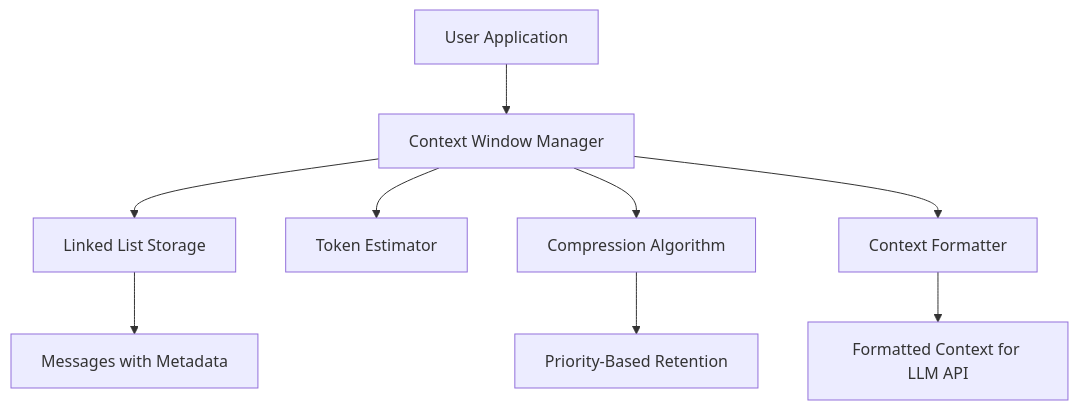
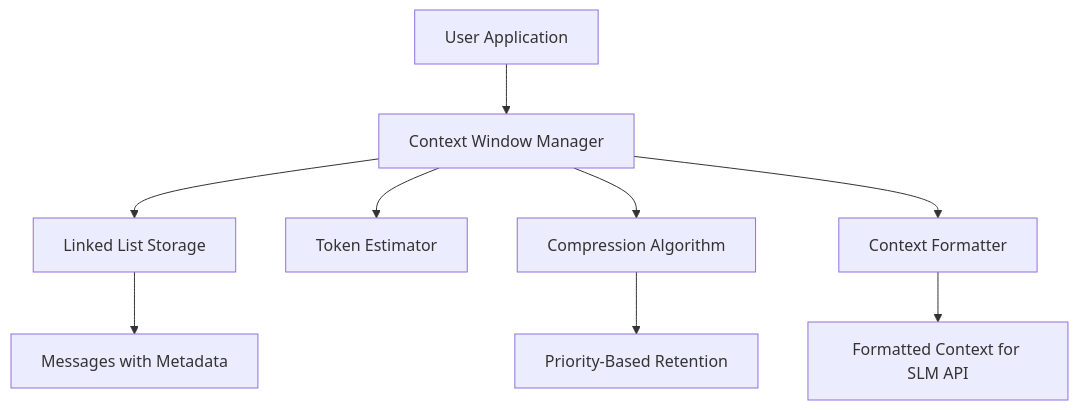
One commit to ChandanHegde07/PCC changed the first of 3 diagrams in docs/design.md. Above: the diagram before and after it, drawn with Mermaid. The commit also changed other lines of this file and 5 other files, not shown here.

````diff
--- a/docs/design.md
+++ b/docs/design.md
@@ -27,11 +27,11 @@
 ```mermaid
 graph TD
     A[User Application] --> B[Context Window Manager]
     B --> C[Linked List Storage]
     B --> D[Token Estimator]
     B --> E[Compression Algorithm]
     B --> F[Context Formatter]
     C --> G[Messages with Metadata]
     E --> H[Priority-Based Retention]
-    F --> I[Formatted Context for LLM API]
+    F --> I[Formatted Context for SLM API]
 ```
````
